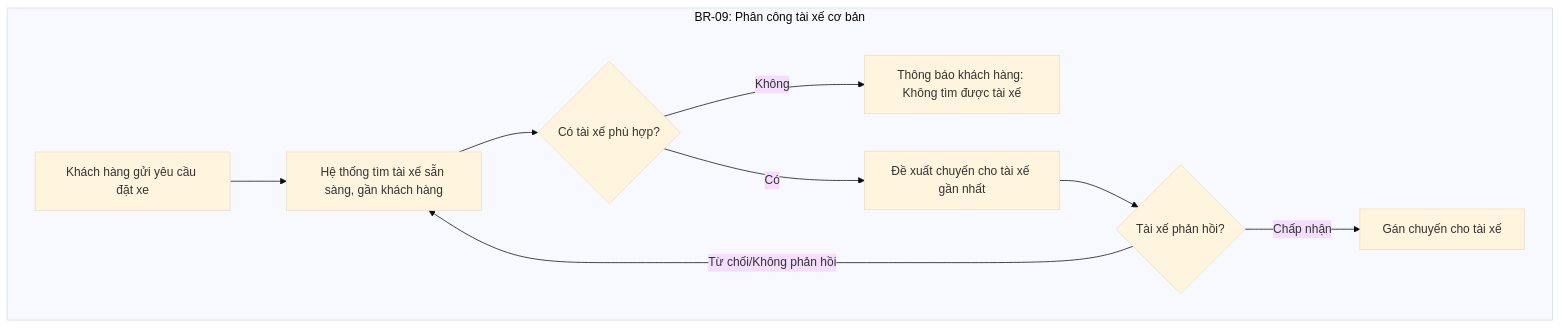
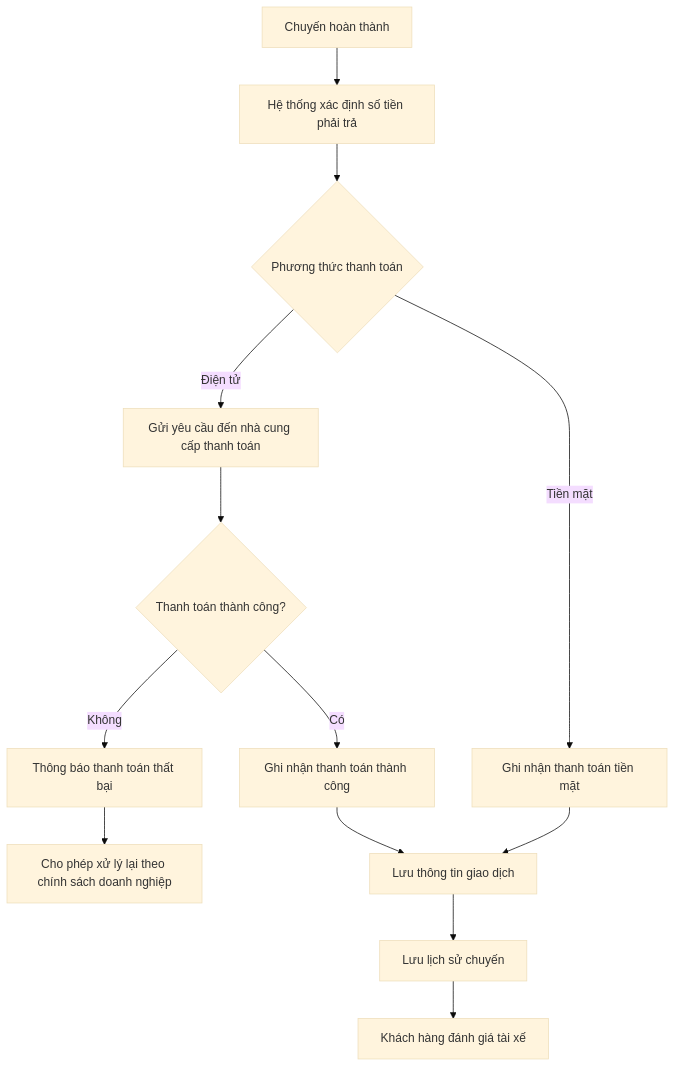
Before and after one commit to ngoclinh090608-wq/23707801_Nguyen-Thi-Ngoc-Linh_CABSYSTEM: the third of 6 diagrams in srs.md, drawn with Mermaid (base theme). The commit also changed other lines of this file, not shown here.

````diff
--- a/srs.md
+++ b/srs.md
@@ -187,12 +145,20 @@
 ```mermaid
 flowchart TD
-    subgraph BR09["BR-09: Phân công tài xế cơ bản"]
-    I1[Khách hàng gửi yêu cầu đặt xe] --> I2[Hệ thống tìm tài xế sẵn sàng, gần khách hàng]
-    I2 --> I3{Có tài xế phù hợp?}
-    I3 -- Không --> I7[Thông báo khách hàng: Không tìm được tài xế]
-    I3 -- Có --> I4[Đề xuất chuyến cho tài xế gần nhất]
-    I4 --> I5{Tài xế phản hồi?}
-    I5 -- Từ chối/Không phản hồi --> I2
-    I5 -- Chấp nhận --> I6[Gán chuyến cho tài xế]
-    end
+    A[Chuyến hoàn thành] --> B[Hệ thống xác định số tiền phải trả]
+    B --> C{Phương thức thanh toán}
+
+    C -- Tiền mặt --> D[Ghi nhận thanh toán tiền mặt]
+
+    C -- Điện tử --> E[Gửi yêu cầu đến nhà cung cấp thanh toán]
+    E --> F{Thanh toán thành công?}
+
+    F -- Không --> G[Thông báo thanh toán thất bại]
+    G --> H[Cho phép xử lý lại theo chính sách doanh nghiệp]
+
+    F -- Có --> I[Ghi nhận thanh toán thành công]
+
+    D --> J[Lưu thông tin giao dịch]
+    I --> J
+    J --> K[Lưu lịch sử chuyến]
+    K --> L[Khách hàng đánh giá tài xế]
 ```
````
